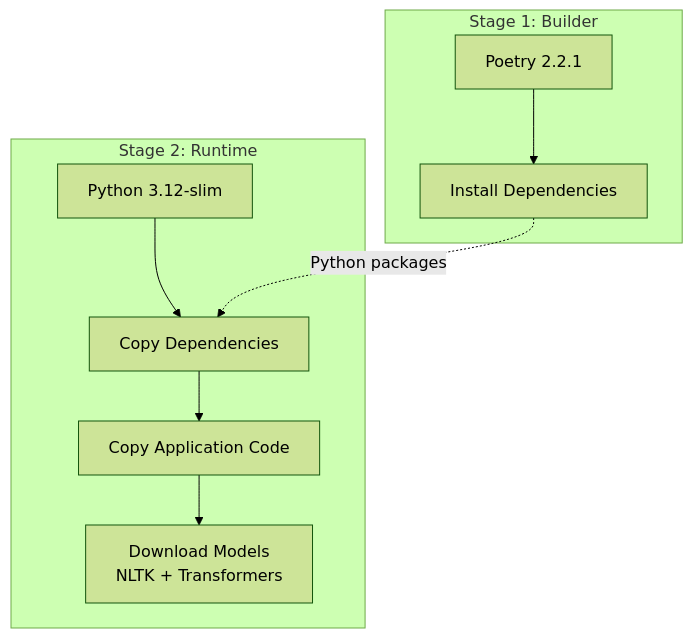
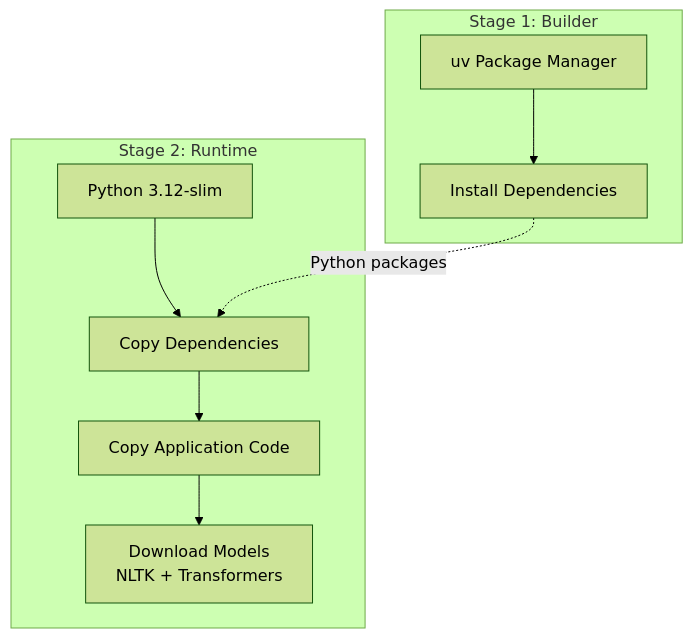
The sixth of 12 diagrams in docs/ARCHITECTURE.md (JustaKris/Donald-Trump-Rally-Speeches-NLP), drawn with Mermaid (forest theme) before and after one commit. The commit also changed other lines of this file and 14 other files, not shown here.

````diff
--- a/docs/ARCHITECTURE.md
+++ b/docs/ARCHITECTURE.md
@@ -325,21 +354,21 @@
 ```mermaid
 graph TB
     subgraph "Stage 1: Builder"
-        Poetry[Poetry 2.2.1]
+        UV[uv Package Manager]
         Deps[Install Dependencies]
-        Poetry --> Deps
+        UV --> Deps
     end
     
     subgraph "Stage 2: Runtime"
         Slim[Python 3.12-slim]
         Copy[Copy Dependencies]
         App[Copy Application Code]
         Models[Download Models<br/>NLTK + Transformers]
         
         Slim --> Copy
         Copy --> App
         App --> Models
     end
     
     Deps -.->|Python packages| Copy
 ```
````
